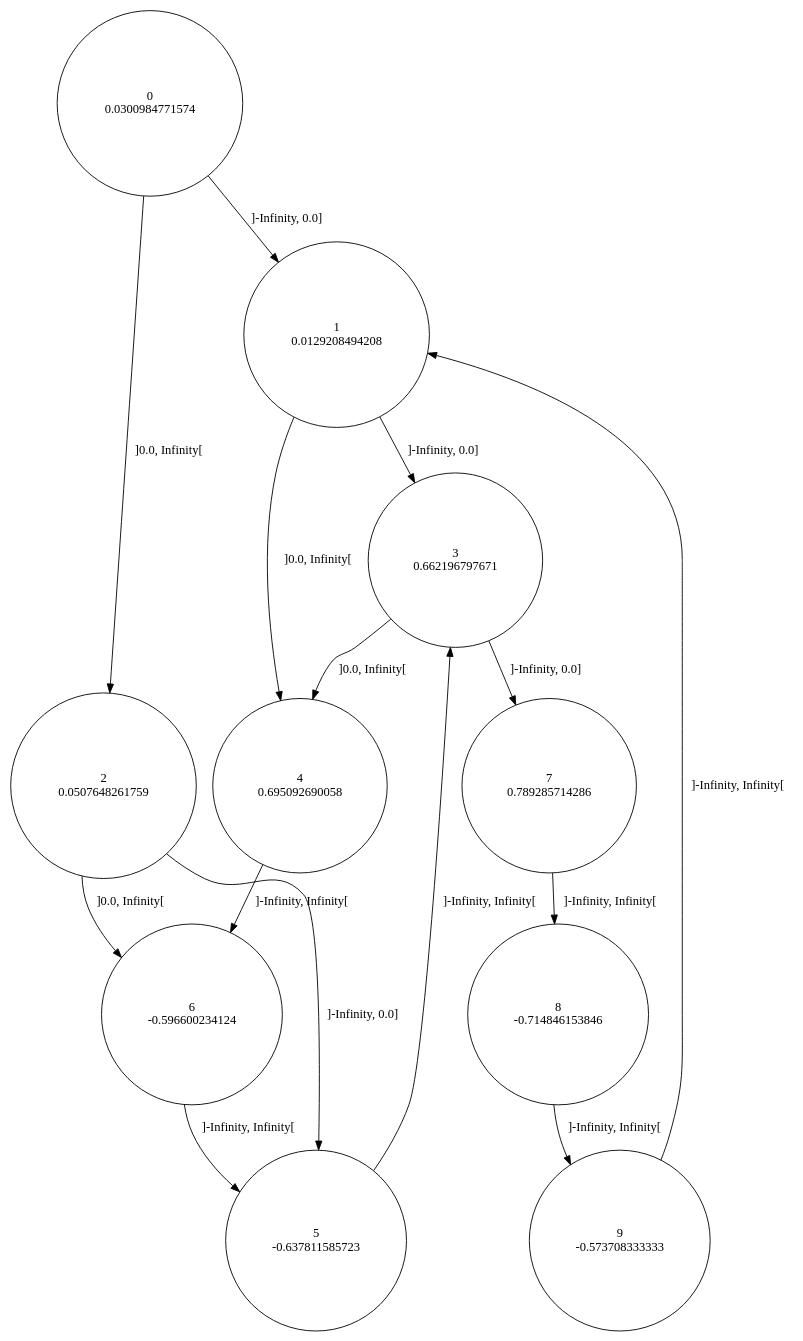
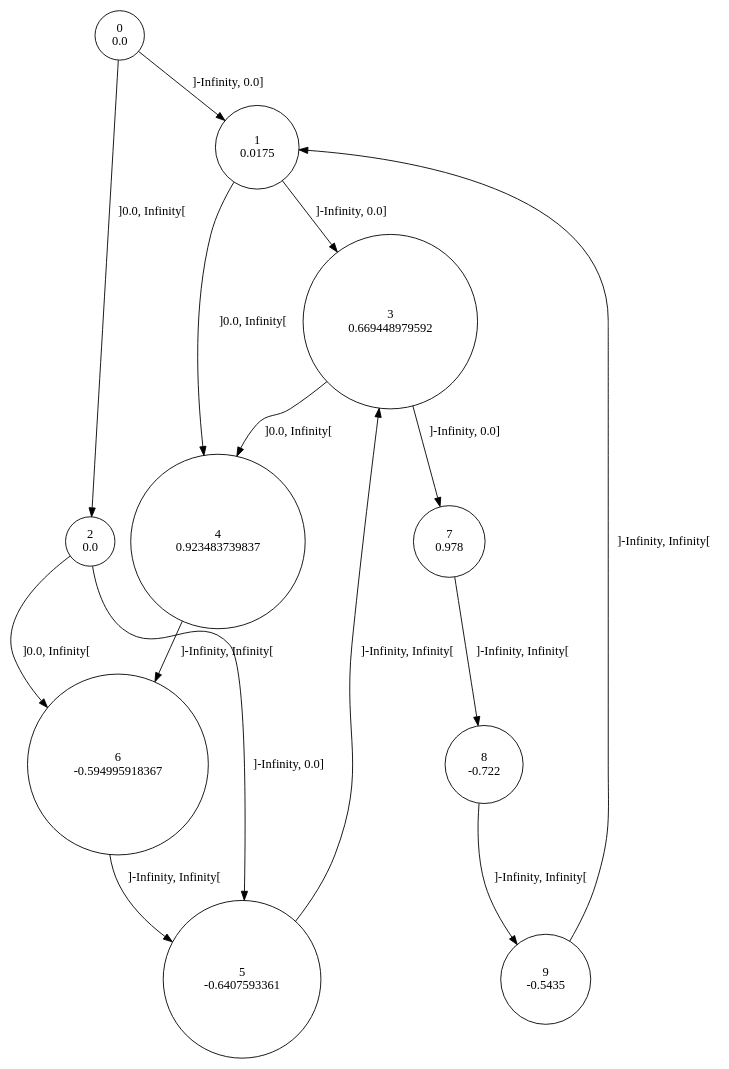
Before and after one commit to gllpellegrino/RAI_experiments: the diagram in distorced_sinus_1/data/4/rtisy.dot, drawn with Graphviz. The commit also changed 148 other files, not shown here.

```diff
--- a/distorced_sinus_1/data/4/rtisy.dot
+++ b/distorced_sinus_1/data/4/rtisy.dot
@@ -1,26 +1,26 @@
 digraph a {
-0 [shape=circle, label="0\n0.0300984771574"];
+0 [shape=circle, label="0\n0.0"];
 	0 -> 1 [label="]-Infinity, 0.0]"];
 	0 -> 2 [label="]0.0, Infinity["];
-1 [shape=circle, label="1\n0.0129208494208"];
+1 [shape=circle, label="1\n0.0175"];
 	1 -> 3 [label="]-Infinity, 0.0]"];
 	1 -> 4 [label="]0.0, Infinity["];
-2 [shape=circle, label="2\n0.0507648261759"];
+2 [shape=circle, label="2\n0.0"];
 	2 -> 5 [label="]-Infinity, 0.0]"];
 	2 -> 6 [label="]0.0, Infinity["];
-3 [shape=circle, label="3\n0.662196797671"];
+3 [shape=circle, label="3\n0.669448979592"];
 	3 -> 7 [label="]-Infinity, 0.0]"];
 	3 -> 4 [label="]0.0, Infinity["];
-4 [shape=circle, label="4\n0.695092690058"];
+4 [shape=circle, label="4\n0.923483739837"];
 	4 -> 6 [label="]-Infinity, Infinity["];
-5 [shape=circle, label="5\n-0.637811585723"];
+5 [shape=circle, label="5\n-0.6407593361"];
 	5 -> 3 [label="]-Infinity, Infinity["];
-6 [shape=circle, label="6\n-0.596600234124"];
+6 [shape=circle, label="6\n-0.594995918367"];
 	6 -> 5 [label="]-Infinity, Infinity["];
-7 [shape=circle, label="7\n0.789285714286"];
+7 [shape=circle, label="7\n0.978"];
 	7 -> 8 [label="]-Infinity, Infinity["];
-8 [shape=circle, label="8\n-0.714846153846"];
+8 [shape=circle, label="8\n-0.722"];
 	8 -> 9 [label="]-Infinity, Infinity["];
-9 [shape=circle, label="9\n-0.573708333333"];
+9 [shape=circle, label="9\n-0.5435"];
 	9 -> 1 [label="]-Infinity, Infinity["];
 }
```
